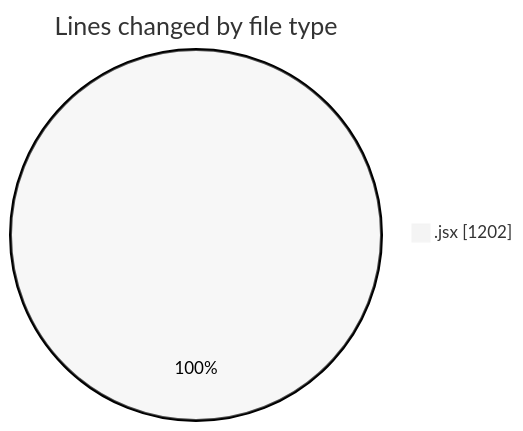
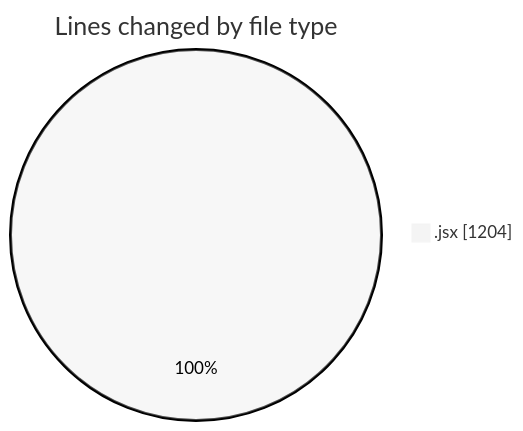
The first of 2 diagrams in 2025-09-15/nxtqube_webapp/README.md (nxtqubesakshisongat/code-tracking), drawn with Mermaid (neutral theme) before and after one commit. The commit also changed other lines of this file and 1 other file, not shown here.

````diff
--- a/2025-09-15/nxtqube_webapp/README.md
+++ b/2025-09-15/nxtqube_webapp/README.md
@@ -20,5 +20,5 @@
 ```mermaid
 pie showData
 title Lines changed by file type
-".jsx" : 1202
+".jsx" : 1204
 ```
````
